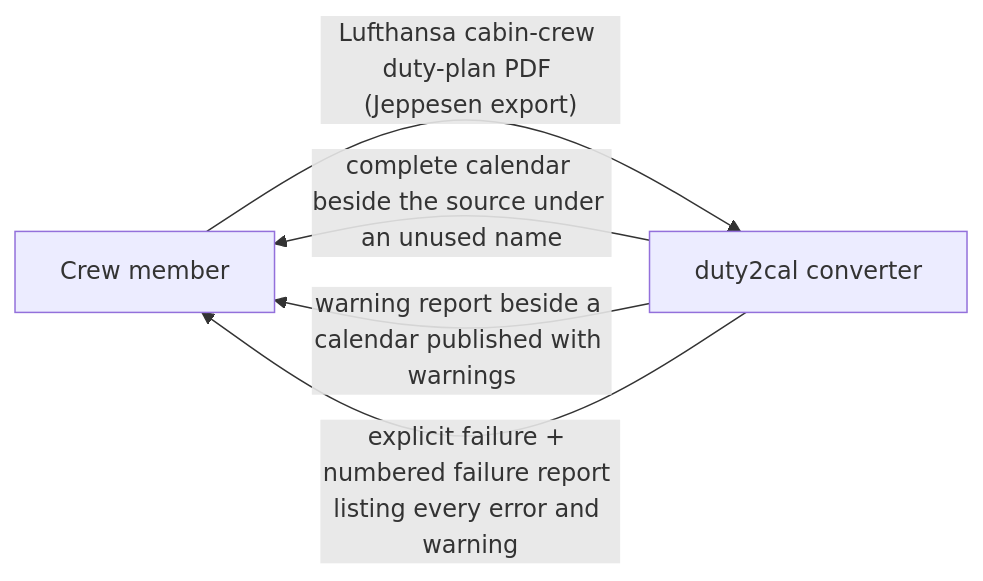
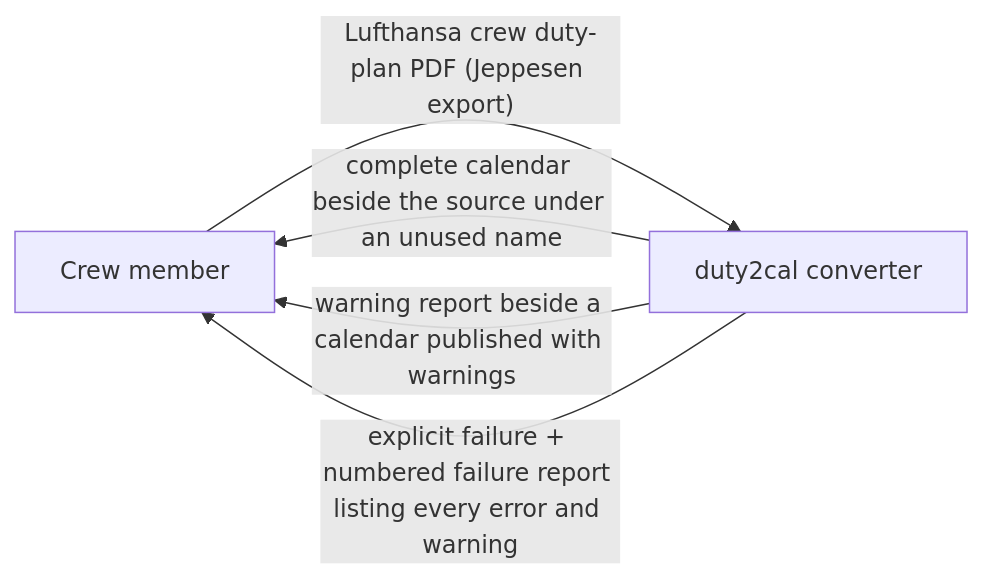
The first of 7 diagrams in docs/arc42/03-context-and-scope.md (duty2cal/duty2cal), drawn with Mermaid before and after one commit. The commit also changed other lines of this file and 29 other files, not shown here.

First line of the commit message:
feat(state-the-support-statement): state the supported plan as a Lufthansa crew duty plan for one crew member, backed by the cabin and cockpit fixtures.

````diff
--- a/docs/arc42/03-context-and-scope.md
+++ b/docs/arc42/03-context-and-scope.md
@@ -7,7 +7,7 @@
 ```mermaid
 flowchart LR
-  crew["Crew member"] -->|"Lufthansa cabin-crew duty-plan PDF (Jeppesen export)"| conv["duty2cal converter"]
+  crew["Crew member"] -->|"Lufthansa crew duty-plan PDF (Jeppesen export)"| conv["duty2cal converter"]
   conv -->|"complete calendar beside the source under an unused name"| crew
   conv -->|"warning report beside a calendar published with warnings"| crew
   conv -->|"explicit failure + numbered failure report listing every error and warning"| crew
 ```
````
